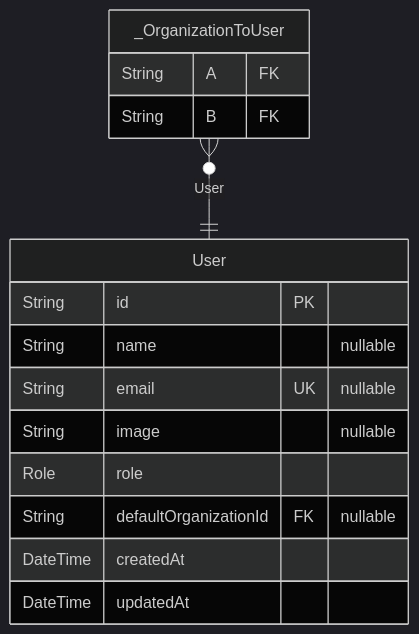
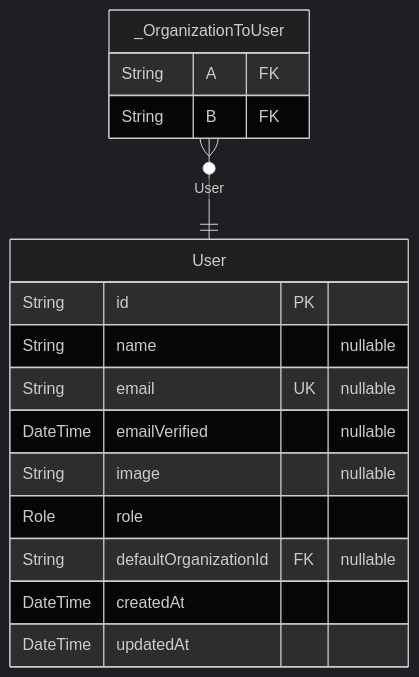
Before and after one commit to rayven122/tumiki: the seventh of 8 diagrams in packages/db/prisma/README.md, drawn with Mermaid (dark theme). The commit also changed other lines of this file and 49 other files, not shown here.

````diff
--- a/packages/db/prisma/README.md
+++ b/packages/db/prisma/README.md
@@ -966,18 +1039,19 @@
 ```mermaid
 erDiagram
 "User" {
   String id PK
   String name "nullable"
   String email UK "nullable"
+  DateTime emailVerified "nullable"
   String image "nullable"
   Role role
   String defaultOrganizationId FK "nullable"
   DateTime createdAt
   DateTime updatedAt
 }
 "_OrganizationToUser" {
   String A FK
   String B FK
 }
 "_OrganizationToUser" }o--|| "User" : User
 ```
````
